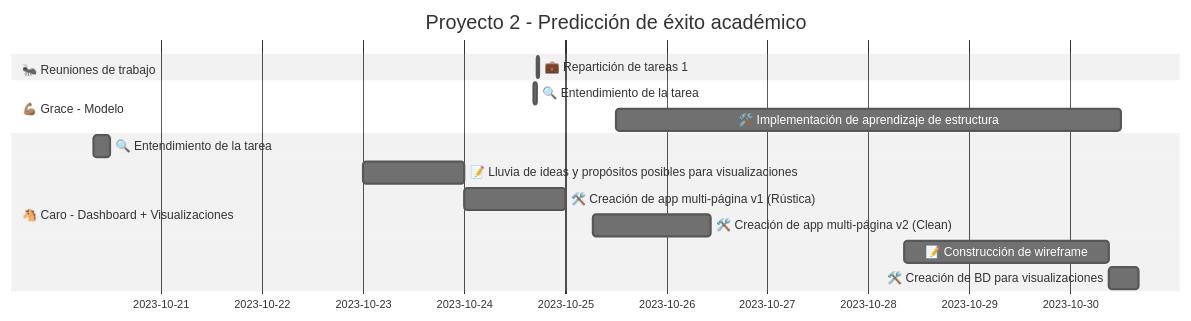
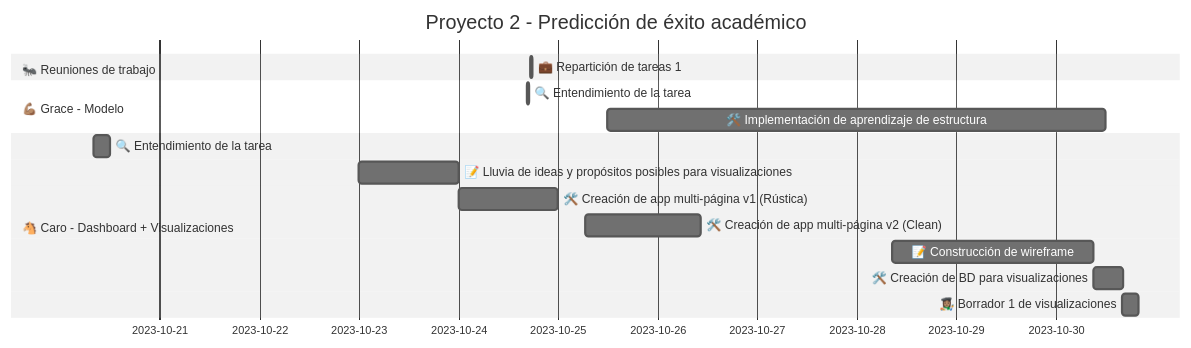
Before and after one commit to zcrodriguez/AC_IPP_P2: the diagram in README.md, drawn with Mermaid (neutral theme). The commit also changed 5 other files, not shown here.

First line of the commit message:
Primer Borrador: Visualizaciones Iniciales

````diff
--- a/README.md
+++ b/README.md
@@ -5,17 +5,18 @@
 ```mermaid
 gantt
     title Proyecto 2 - Predicción de éxito académico
     dateFormat  YYYY-MM-DD
     section 🐜 Reuniones de trabajo
     💼 Repartición de tareas 1:2023-10-24 17:21,30m
     section 💪🏽 Grace - Modelo
     🔍 Entendimiento de la tarea:2023-10-24 16:30,40m
     🛠️ Implementación de aprendizaje de estructura: 2023-10-25 12:00, 5d
     section 🐴 Caro - Dashboard + Visualizaciones
     🔍 Entendimiento de la tarea:2023-10-20 8:00,4h
     📝 Lluvia de ideas y propósitos posibles para visualizaciones:2023-10-23,1d
     🛠️ Creación de app multi-página v1 (Rústica):2023-10-24,1d
     🛠️ Creación de app multi-página v2 (Clean):2023-10-25 6:30, 28h
     📝 Construcción de wireframe:2023-10-28 8:30, 48.5h
     🛠️ Creación de BD para visualizaciones:2023-10-30 9:10, 7h
+    👩🏽‍🎨 Borrador 1 de visualizaciones:2023-10-30 16:00, 4h
 ```
````
